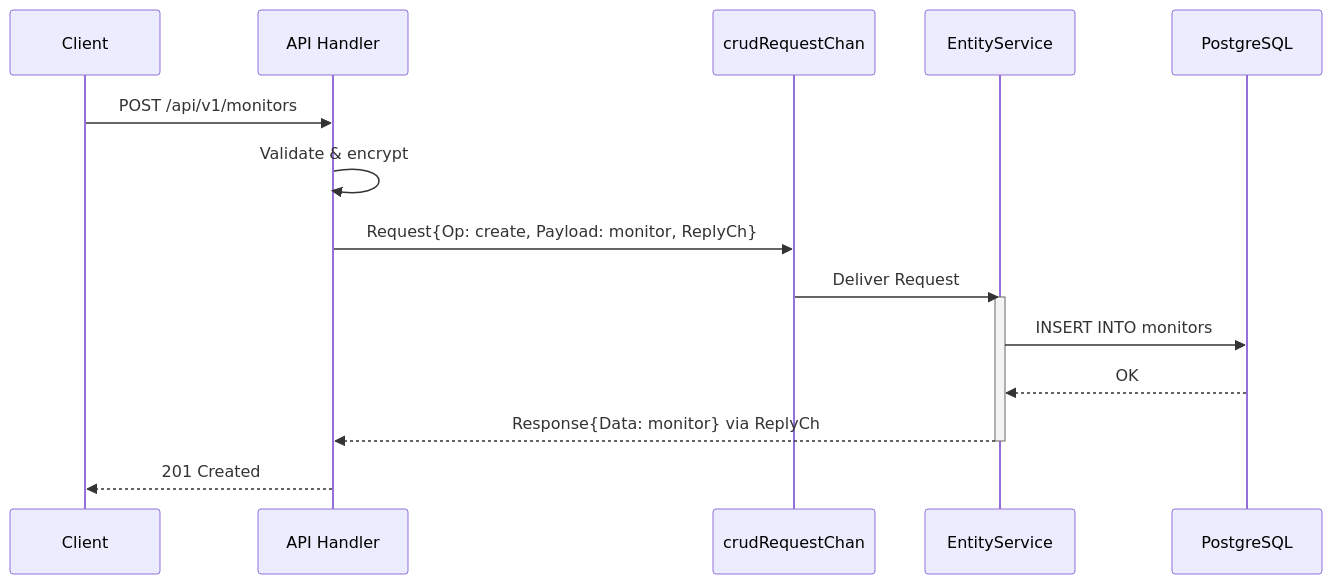
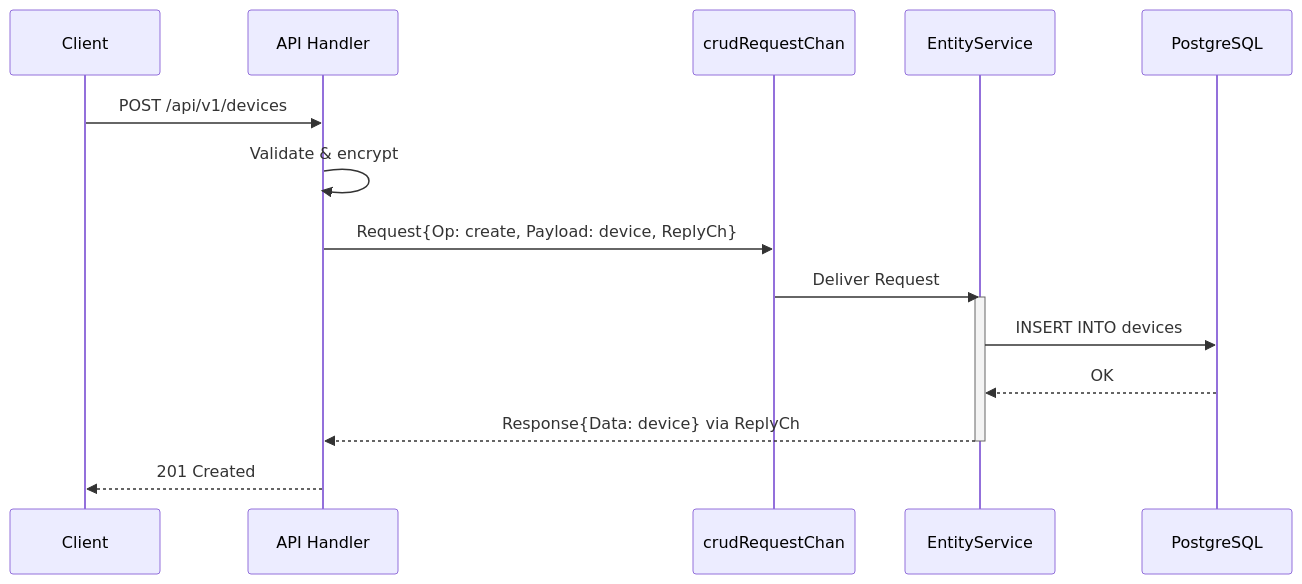
Before and after one commit to PremModhaOfficial/nms: the third of 10 diagrams in ARCHITECTURE.md, drawn with Mermaid. The commit also changed other lines of this file and 25 other files, not shown here.

````diff
--- a/ARCHITECTURE.md
+++ b/ARCHITECTURE.md
@@ -132,19 +133,19 @@
 ```mermaid
 sequenceDiagram
     participant Client
     participant API as API Handler
     participant CH as crudRequestChan
     participant ES as EntityService
     participant DB as PostgreSQL
 
-    Client->>API: POST /api/v1/monitors
+    Client->>API: POST /api/v1/devices
     API->>API: Validate & encrypt
-    API->>CH: Request{Op: create, Payload: monitor, ReplyCh}
+    API->>CH: Request{Op: create, Payload: device, ReplyCh}
     CH->>ES: Deliver Request
     activate ES
-    ES->>DB: INSERT INTO monitors
+    ES->>DB: INSERT INTO devices
     DB-->>ES: OK
-    ES-->>API: Response{Data: monitor} via ReplyCh
+    ES-->>API: Response{Data: device} via ReplyCh
     deactivate ES
     API-->>Client: 201 Created
 ```
````
